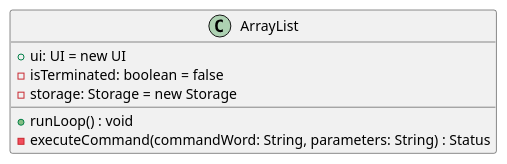
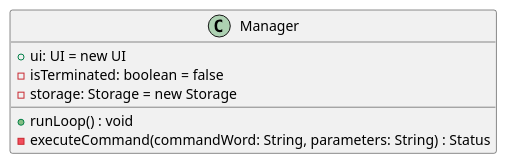
The diagram in docs/diagrams/ManagerClass.puml (nus-cs2113-AY2122S2/tp), drawn with PlantUML before and after one commit. The commit also changed 4 other files, not shown here.

```diff
--- a/docs/diagrams/ManagerClass.puml
+++ b/docs/diagrams/ManagerClass.puml
@@ -1,13 +1,13 @@
 @startuml
 'https://plantuml.com/class-diagram
 
-class ArrayList {
+class Manager {
 + ui: UI = new UI
 - isTerminated: boolean = false
 - storage: Storage = new Storage
 + runLoop() : void
 - executeCommand(commandWord: String, parameters: String) : Status
 }
 
 
 @enduml
```
